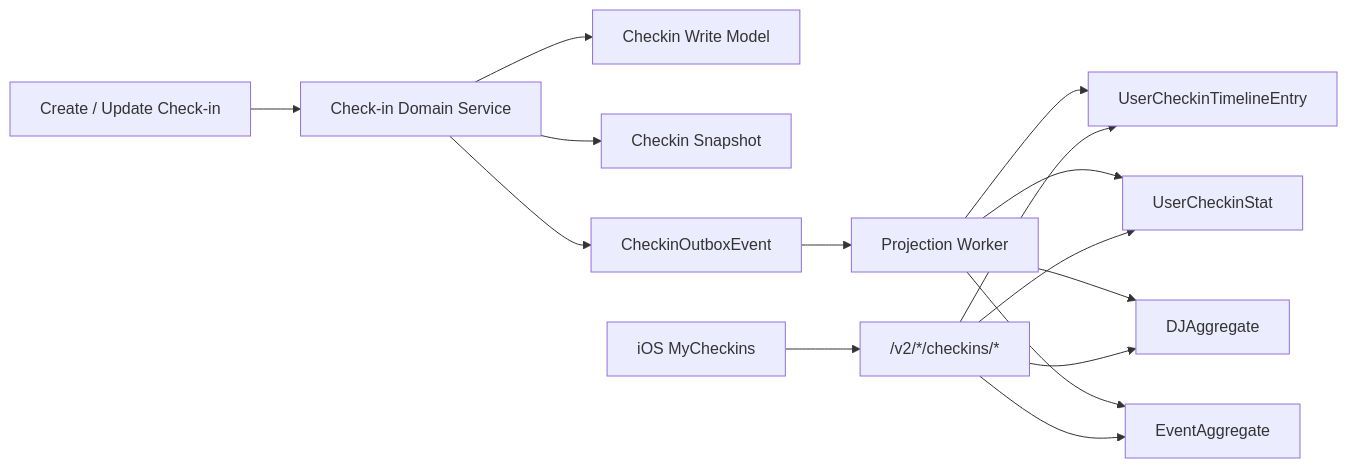
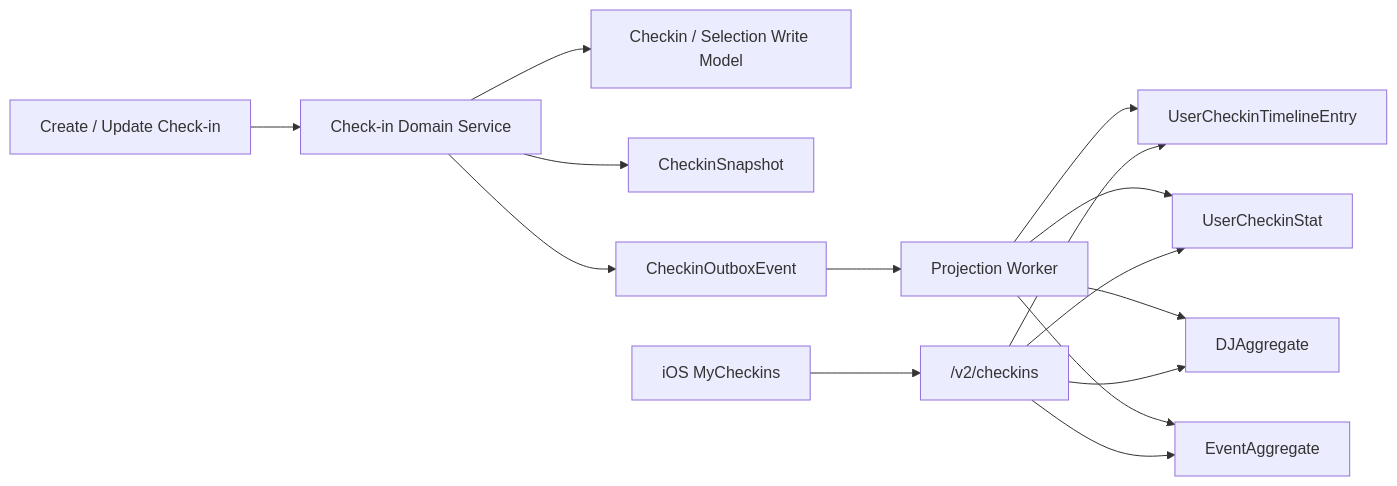
One commit to BlackiePiggy/raver changed the third of 5 diagrams in docs/RAVER_PLATFORM_ARCHITECTURE.md. Above: the diagram before and after it, drawn with Mermaid. The commit also changed other lines of this file and 174 other files, not shown here.

````diff
--- a/docs/RAVER_PLATFORM_ARCHITECTURE.md
+++ b/docs/RAVER_PLATFORM_ARCHITECTURE.md
@@ -482,17 +522,17 @@
 ```mermaid
 flowchart LR
     Write["Create / Update Check-in"] --> Domain["Check-in Domain Service"]
-    Domain --> Checkin["Checkin Write Model"]
-    Domain --> Snapshot["Checkin Snapshot"]
+    Domain --> Base["Checkin / Selection Write Model"]
+    Domain --> Snapshot["CheckinSnapshot"]
     Domain --> Outbox["CheckinOutboxEvent"]
     Outbox --> Worker["Projection Worker"]
     Worker --> Timeline["UserCheckinTimelineEntry"]
-    Worker --> Stats["UserCheckinStat"]
-    Worker --> GalleryDJ["DJAggregate"]
-    Worker --> GalleryEvent["EventAggregate"]
-    IOS["iOS MyCheckins"] --> V2["/v2/*/checkins/*"]
-    V2 --> Timeline
-    V2 --> Stats
-    V2 --> GalleryDJ
-    V2 --> GalleryEvent
+    Worker --> Stat["UserCheckinStat"]
+    Worker --> DJAgg["DJAggregate"]
+    Worker --> EventAgg["EventAggregate"]
+    App["iOS MyCheckins"] --> API["/v2/checkins"]
+    API --> Timeline
+    API --> Stat
+    API --> DJAgg
+    API --> EventAgg
 ```
````
